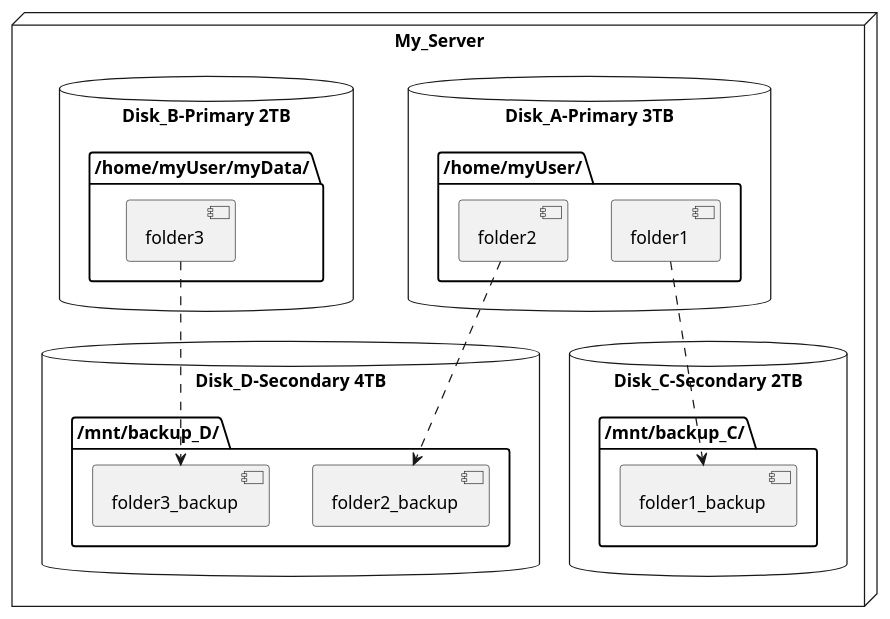
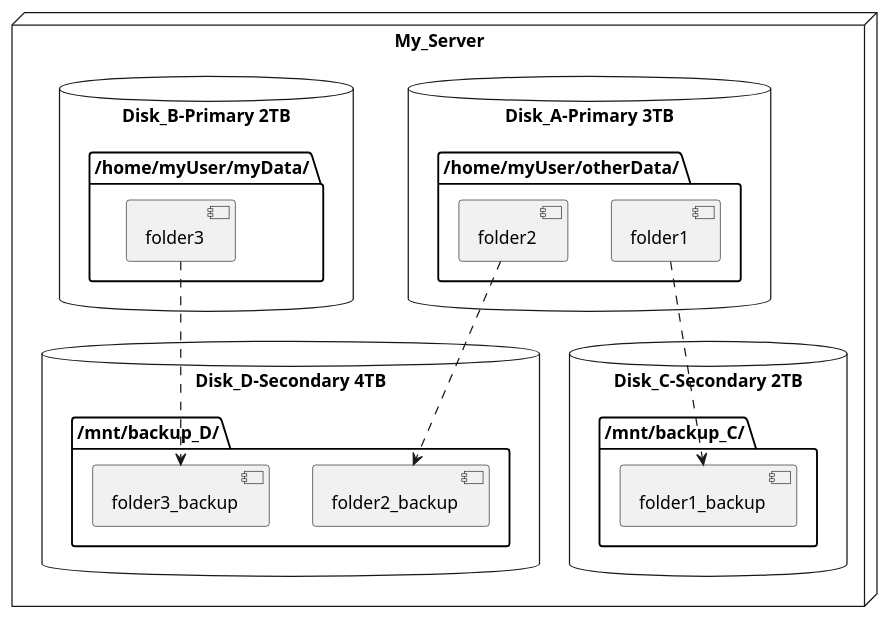
Before and after one commit to OK-API/Documentation: the diagram in images/Manage-My-Server/plantuml/mbc-4disk-scenario.puml, drawn with PlantUML.

```diff
--- a/images/Manage-My-Server/plantuml/mbc-4disk-scenario.puml
+++ b/images/Manage-My-Server/plantuml/mbc-4disk-scenario.puml
@@ -2,33 +2,33 @@
 @startuml fourDisk-scenario
 
 node My_Server {
     database "Disk_A-Primary 3TB" {
-        folder "/home/myUser/" { 
+        folder "/home/myUser/otherData/" { 
         [folder1]
         [folder2]
         }
   
     }
     database "Disk_B-Primary 2TB" {
         folder "/home/myUser/myData/" { 
         [folder3]
         }
   
     }
     database "Disk_C-Secondary 2TB" {
         folder "/mnt/backup_C/" {
             [folder1_backup]
         }
     }
     database "Disk_D-Secondary 4TB" {
         folder "/mnt/backup_D/" {
             [folder2_backup]
             [folder3_backup]
         }
     }
 }
 folder1 ..> folder1_backup
 folder2 ..> folder2_backup
 folder3 ..> folder3_backup
 
 @enduml
```
